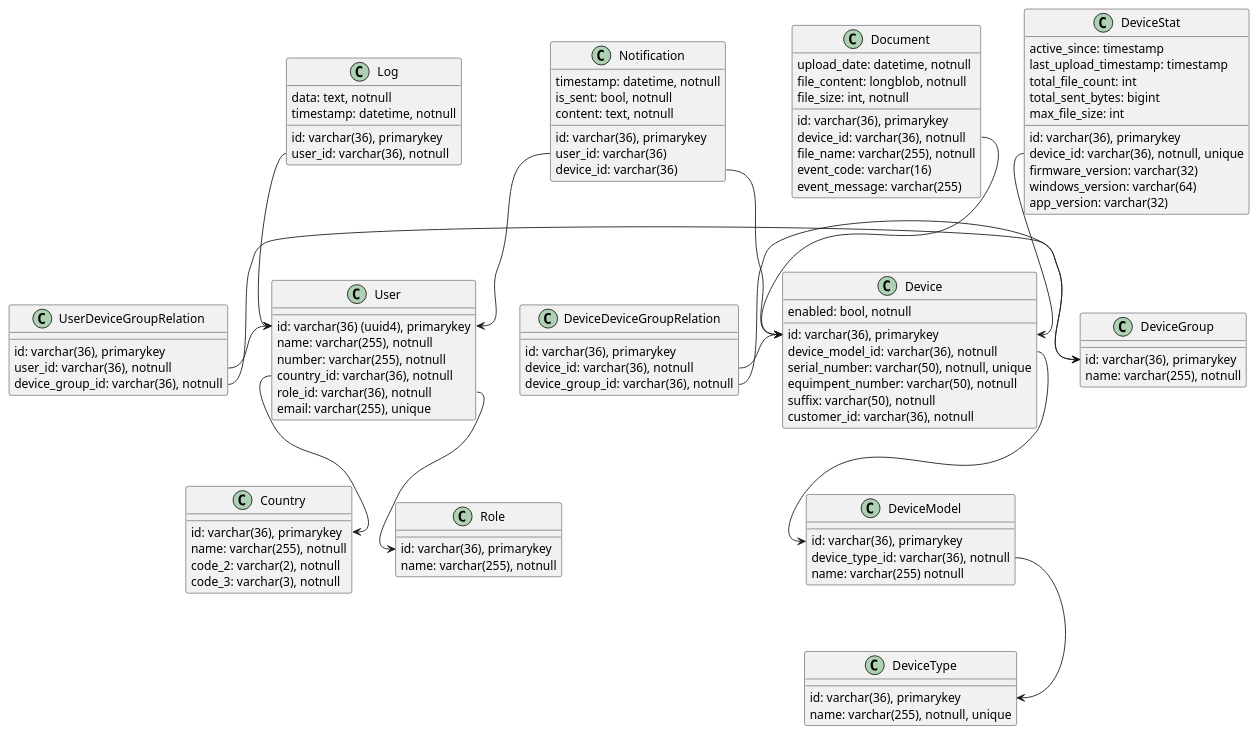
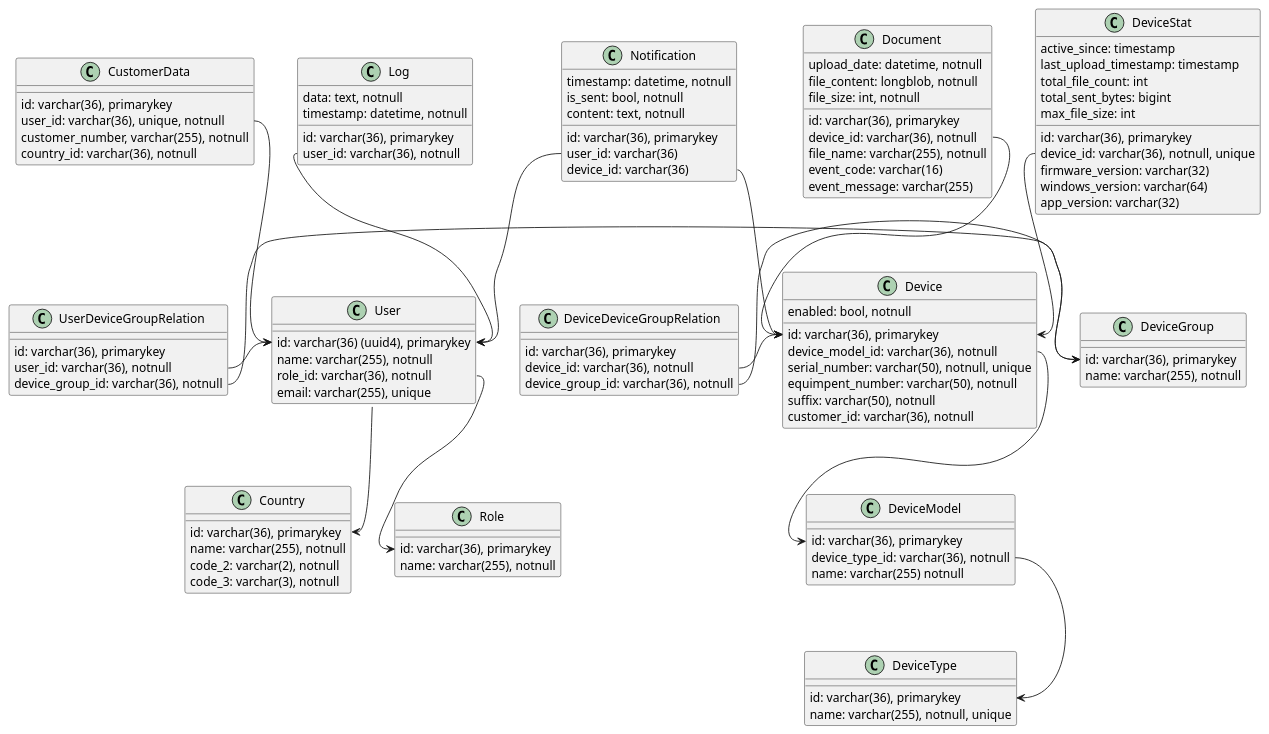
Before and after one commit to aCrYoZPS/db: the diagram in diagram.puml, drawn with PlantUML. The commit also changed 2 other files, not shown here.

```diff
--- a/diagram.puml
+++ b/diagram.puml
@@ -1,121 +1,129 @@
 @startuml
 class User{
     id: varchar(36) (uuid4), primarykey
     name: varchar(255), notnull
-    number: varchar(255), notnull
-    country_id: varchar(36), notnull
     role_id: varchar(36), notnull
     email: varchar(255), unique
 }
+
 User::country_id --> Country::id
 User::role_id --> Role::id
+
+class CustomerData {
+    id: varchar(36), primarykey
+    user_id: varchar(36), unique, notnull
+    customer_number, varchar(255), notnull
+    country_id: varchar(36), notnull
+}
+
+CustomerData::user_id --> User::id
 
 class UserDeviceGroupRelation {
     id: varchar(36), primarykey
     user_id: varchar(36), notnull
     device_group_id: varchar(36), notnull
 }
 
 UserDeviceGroupRelation::user_id -> User::id
 UserDeviceGroupRelation::device_group_id -> DeviceGroup::id
 
 class Country{
     id: varchar(36), primarykey
     name: varchar(255), notnull
     code_2: varchar(2), notnull
     code_3: varchar(3), notnull
 }
 
 class Role {
     id: varchar(36), primarykey
     name: varchar(255), notnull
 }
 
 class Log {
     id: varchar(36), primarykey
     user_id: varchar(36), notnull
     data: text, notnull
     timestamp: datetime, notnull
 }
 
 Log::user_id --> User::id
 
 class DeviceType {
     id: varchar(36), primarykey
     name: varchar(255), notnull, unique
 }
 
 class DeviceModel {
     id: varchar(36), primarykey
     device_type_id: varchar(36), notnull
     name: varchar(255) notnull
 }
 
 DeviceModel::device_type_id --> DeviceType::id
 
 class Device {
     id: varchar(36), primarykey
     device_model_id: varchar(36), notnull
     serial_number: varchar(50), notnull, unique
     equimpent_number: varchar(50), notnull
     suffix: varchar(50), notnull
     customer_id: varchar(36), notnull
     enabled: bool, notnull
 }
 
 Device::device_model_id --> DeviceModel::id
 
 class DeviceDeviceGroupRelation {
     id: varchar(36), primarykey
     device_id: varchar(36), notnull
     device_group_id: varchar(36), notnull
 }
 
 DeviceDeviceGroupRelation::device_id -> Device::id
 DeviceDeviceGroupRelation::device_group_id -> DeviceGroup::id
 
 class DeviceGroup {
     id: varchar(36), primarykey
     name: varchar(255), notnull
 }
 
 class Document{
     id: varchar(36), primarykey
     device_id: varchar(36), notnull
     upload_date: datetime, notnull
     file_name: varchar(255), notnull
     file_content: longblob, notnull
     file_size: int, notnull
     event_code: varchar(16)
     event_message: varchar(255)
 }
 Document::device_id --> Device::id
 
 class Notification {
     id: varchar(36), primarykey
     user_id: varchar(36)
     device_id: varchar(36)
     timestamp: datetime, notnull
     is_sent: bool, notnull
     content: text, notnull
 }
 
 Notification::user_id --> User::id
 Notification::device_id --> Device::id
 
 class DeviceStat {
     id: varchar(36), primarykey
     device_id: varchar(36), notnull, unique
     active_since: timestamp
     last_upload_timestamp: timestamp
     total_file_count: int
     total_sent_bytes: bigint
     max_file_size: int
     firmware_version: varchar(32)
     windows_version: varchar(64)
     app_version: varchar(32)
 }
 
 DeviceStat::device_id --> Device::id
 
 @enduml
```
